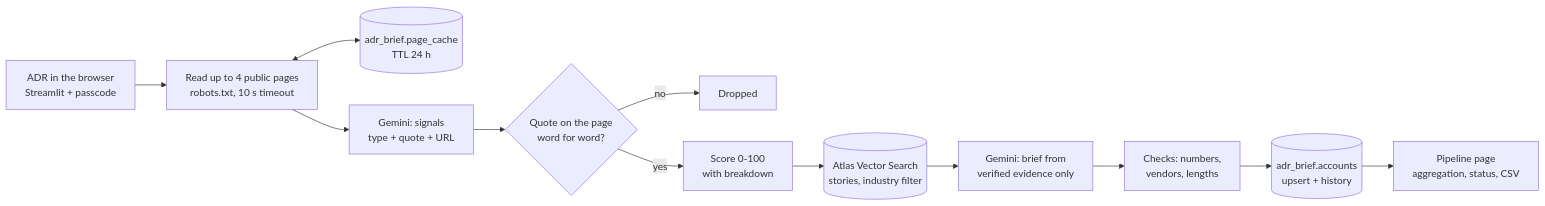
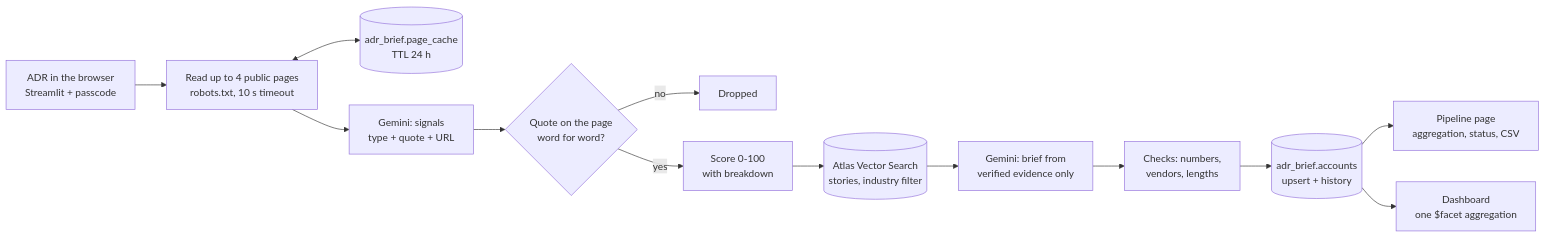
The diagram in README.md (jimt88/account-brief-builder), drawn with Mermaid before and after one commit. The commit also changed other lines of this file and 3 other files, not shown here.

Commit message:
Phase 3: $facet Pipeline dashboard

````diff
--- a/README.md
+++ b/README.md
@@ -17,14 +17,15 @@
 ```mermaid
 flowchart LR
     U[ADR in the browser<br/>Streamlit + passcode] --> R[Read up to 4 public pages<br/>robots.txt, 10 s timeout]
     R <--> PC[(adr_brief.page_cache<br/>TTL 24 h)]
     R --> G1[Gemini: signals<br/>type + quote + URL]
     G1 --> V{Quote on the page<br/>word for word?}
     V -- no --> X[Dropped]
     V -- yes --> S[Score 0-100<br/>with breakdown]
     S --> VS[(Atlas Vector Search<br/>stories, industry filter)]
     VS --> G2[Gemini: brief from<br/>verified evidence only]
     G2 --> C[Checks: numbers,<br/>vendors, lengths]
     C --> A[(adr_brief.accounts<br/>upsert + history)]
     A --> P[Pipeline page<br/>aggregation, status, CSV]
+    A --> D[Dashboard<br/>one $facet aggregation]
 ```
````
